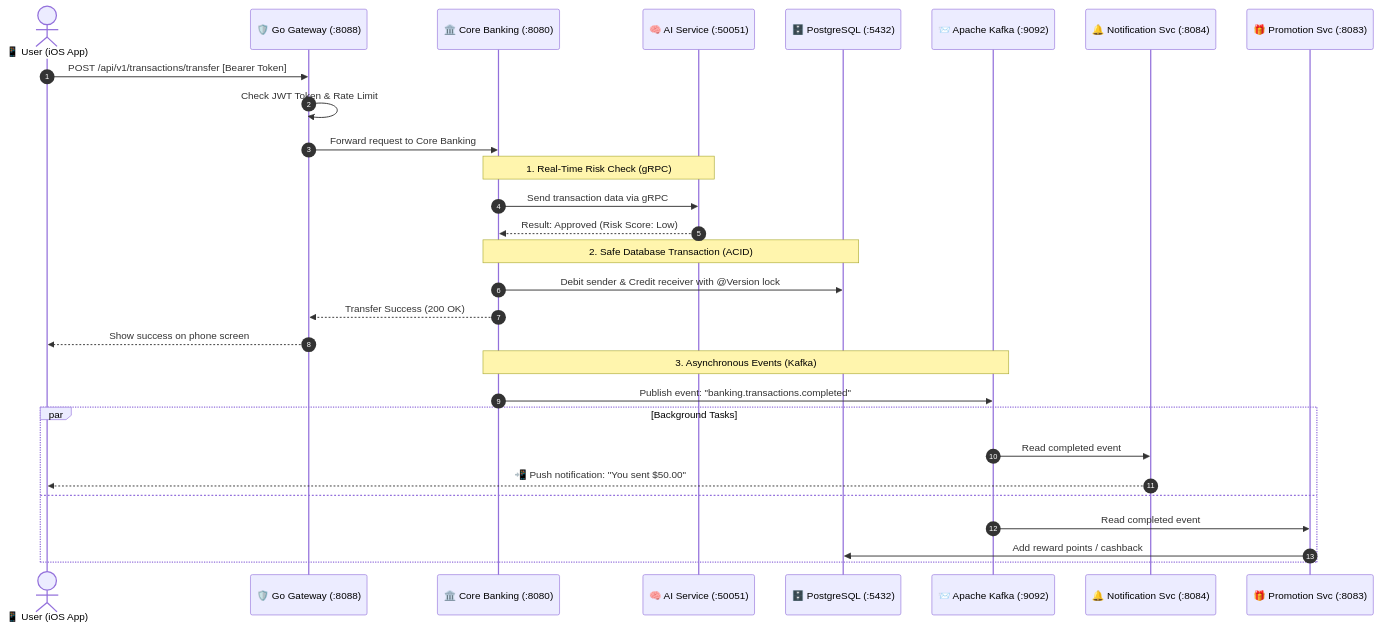
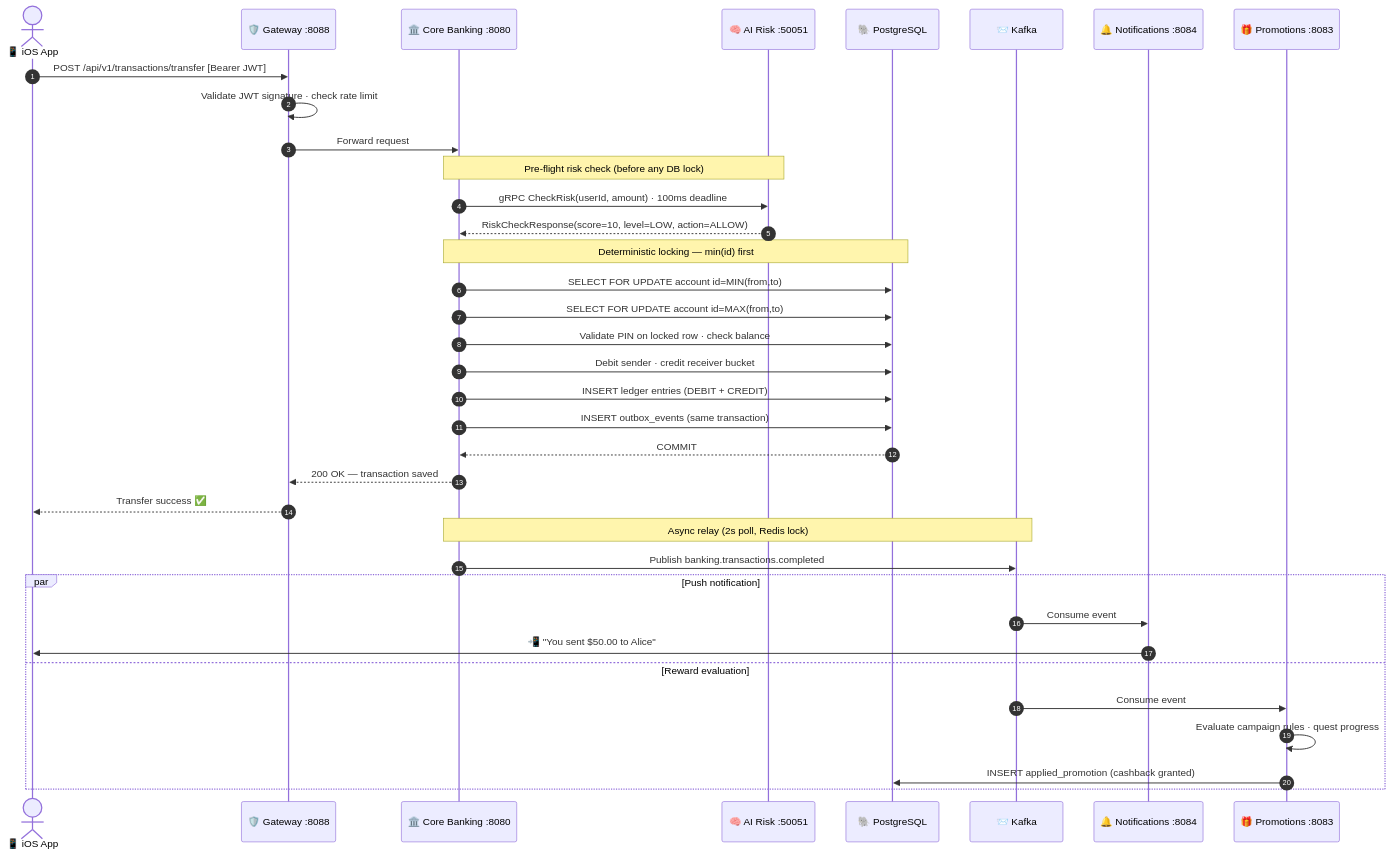
The second of 2 diagrams in README.md (Bunchhay1/Titan-Core-Banking-Microservice), drawn with Mermaid before and after one commit. The commit also changed other lines of this file, not shown here.

````diff
--- a/README.md
+++ b/README.md
@@ -112,36 +418,44 @@
 ```mermaid
 sequenceDiagram
     autonumber
-    actor User as 📱 User (iOS App)
-    participant Gateway as 🛡️ Go Gateway (:8088)
-    participant CoreBank as 🏛️ Core Banking (:8080)
-    participant AI as 🧠 AI Service (:50051)
-    participant DB as 🗄️ PostgreSQL (:5432)
-    participant Kafka as 📨 Apache Kafka (:9092)
-    participant Notif as 🔔 Notification Svc (:8084)
-    participant Promo as 🎁 Promotion Svc (:8083)
+    actor User as 📱 iOS App
+    participant GW as 🛡️ Gateway :8088
+    participant CB as 🏛️ Core Banking :8080
+    participant AI as 🧠 AI Risk :50051
+    participant DB as 🐘 PostgreSQL
+    participant KF as 📨 Kafka
+    participant NS as 🔔 Notifications :8084
+    participant PS as 🎁 Promotions :8083
 
-    User->>Gateway: POST /api/v1/transactions/transfer [Bearer Token]
-    Gateway->>Gateway: Check JWT Token & Rate Limit
-    Gateway->>CoreBank: Forward request to Core Banking
+    User->>GW: POST /api/v1/transactions/transfer [Bearer JWT]
+    GW->>GW: Validate JWT signature · check rate limit
+    GW->>CB: Forward request
 
-    Note over CoreBank,AI: 1. Real-Time Risk Check (gRPC)
-    CoreBank->>AI: Send transaction data via gRPC
-    AI-->>CoreBank: Result: Approved (Risk Score: Low)
+    Note over CB,AI: Pre-flight risk check (before any DB lock)
+    CB->>AI: gRPC CheckRisk(userId, amount) · 100ms deadline
+    AI-->>CB: RiskCheckResponse(score=10, level=LOW, action=ALLOW)
 
-    Note over CoreBank,DB: 2. Safe Database Transaction (ACID)
-    CoreBank->>DB: Debit sender & Credit receiver with @Version lock
-    CoreBank-->>Gateway: Transfer Success (200 OK)
-    Gateway-->>User: Show success on phone screen
+    Note over CB,DB: Deterministic locking — min(id) first
+    CB->>DB: SELECT FOR UPDATE account id=MIN(from,to)
+    CB->>DB: SELECT FOR UPDATE account id=MAX(from,to)
+    CB->>DB: Validate PIN on locked row · check balance
+    CB->>DB: Debit sender · credit receiver bucket
+    CB->>DB: INSERT ledger entries (DEBIT + CREDIT)
+    CB->>DB: INSERT outbox_events (same transaction)
+    DB-->>CB: COMMIT
 
-    Note over CoreBank,Kafka: 3. Asynchronous Events (Kafka)
-    CoreBank->>Kafka: Publish event: "banking.transactions.completed"
+    CB-->>GW: 200 OK — transaction saved
+    GW-->>User: Transfer success ✅
 
-    par Background Tasks
-        Kafka->>Notif: Read completed event
-        Notif-->>User: 📲 Push notification: "You sent $50.00"
-    and
-        Kafka->>Promo: Read completed event
-        Promo->>DB: Add reward points / cashback
+    Note over CB,KF: Async relay (2s poll, Redis lock)
+    CB->>KF: Publish banking.transactions.completed
+
+    par Push notification
+        KF->>NS: Consume event
+        NS->>User: 📲 "You sent $50.00 to Alice"
+    and Reward evaluation
+        KF->>PS: Consume event
+        PS->>PS: Evaluate campaign rules · quest progress
+        PS->>DB: INSERT applied_promotion (cashback granted)
     end
 ```
````
